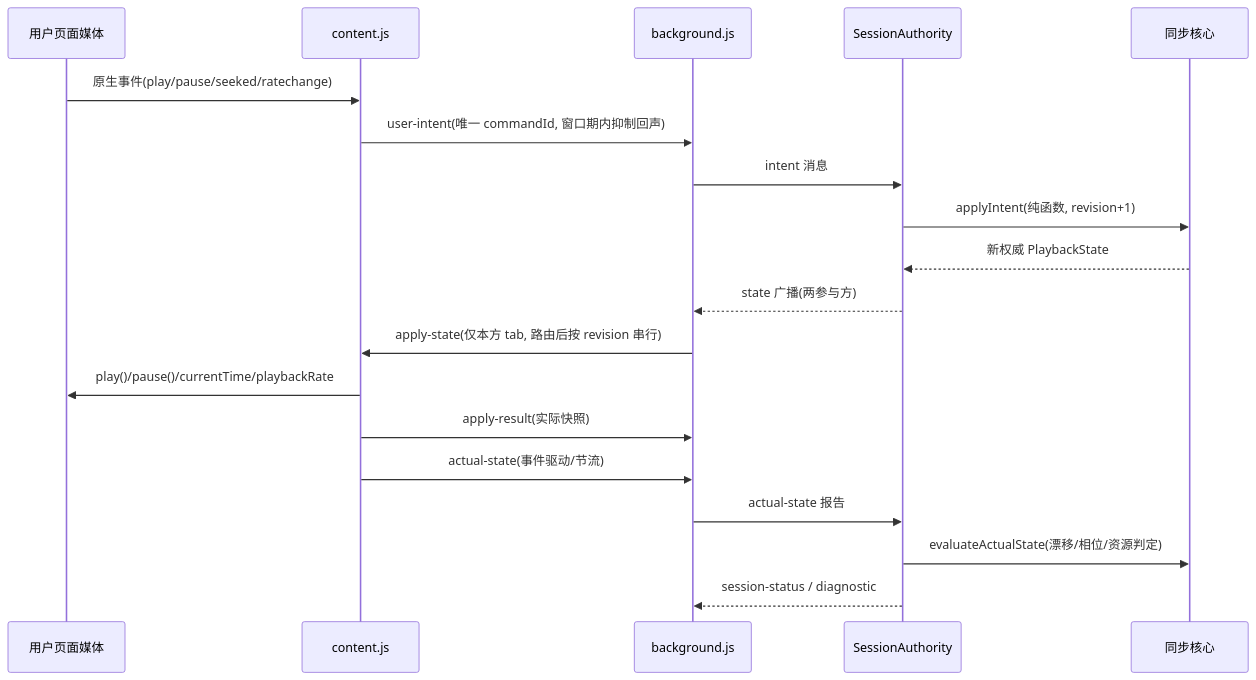
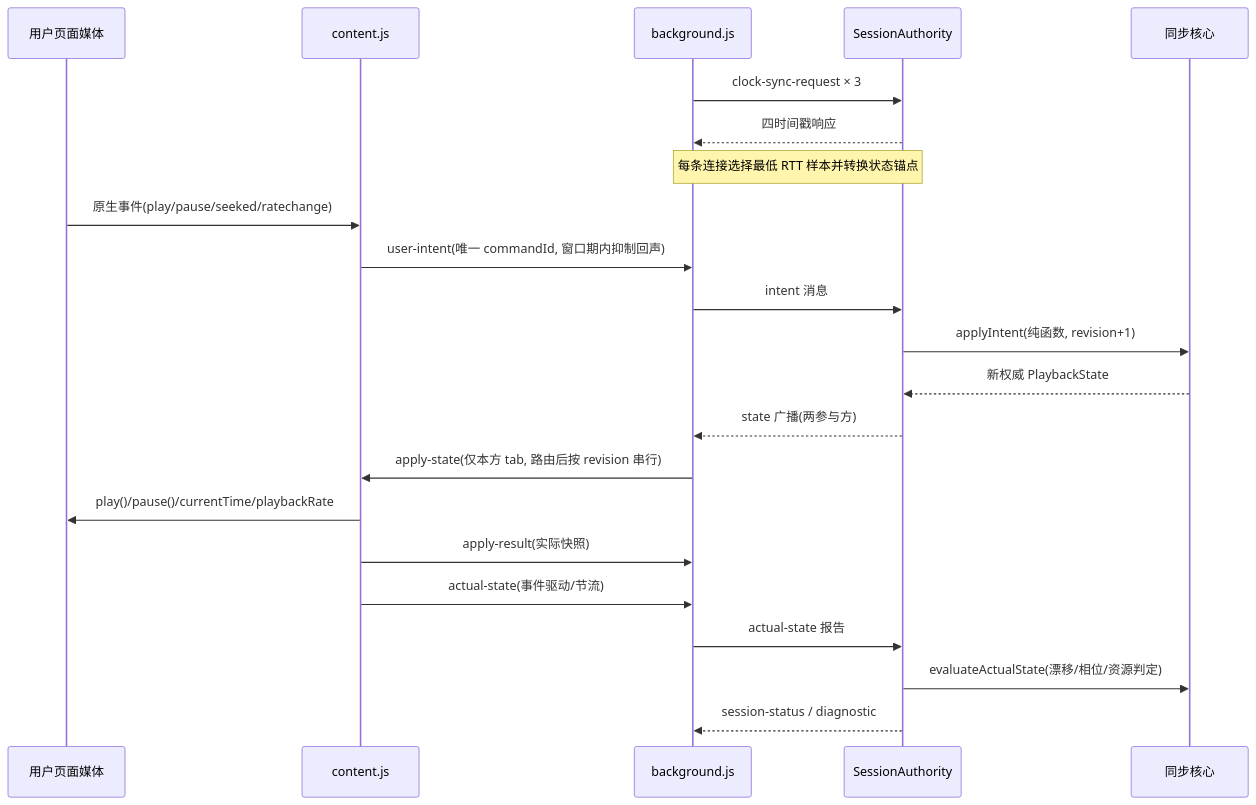
Before and after one commit to zeroffa233/any-together: the second of 2 diagrams in docs/syncers/overview.md, drawn with Mermaid. The commit also changed other lines of this file and 9 other files, not shown here.

````diff
--- a/docs/syncers/overview.md
+++ b/docs/syncers/overview.md
@@ -76,21 +76,24 @@
 ```mermaid
 sequenceDiagram
     participant U as 用户页面媒体
     participant C as content.js
     participant B as background.js
     participant A as SessionAuthority
     participant K as 同步核心
+    B->>A: clock-sync-request × 3
+    A-->>B: 四时间戳响应
+    Note over B,A: 每条连接选择最低 RTT 样本并转换状态锚点
     U->>C: 原生事件(play/pause/seeked/ratechange)
     C->>B: user-intent(唯一 commandId, 窗口期内抑制回声)
     B->>A: intent 消息
     A->>K: applyIntent(纯函数, revision+1)
     K-->>A: 新权威 PlaybackState
     A-->>B: state 广播(两参与方)
     B->>C: apply-state(仅本方 tab, 路由后按 revision 串行)
     C->>U: play()/pause()/currentTime/playbackRate
     C->>B: apply-result(实际快照)
     C->>B: actual-state(事件驱动/节流)
     B->>A: actual-state 报告
     A->>K: evaluateActualState(漂移/相位/资源判定)
     A-->>B: session-status / diagnostic
 ```
````
